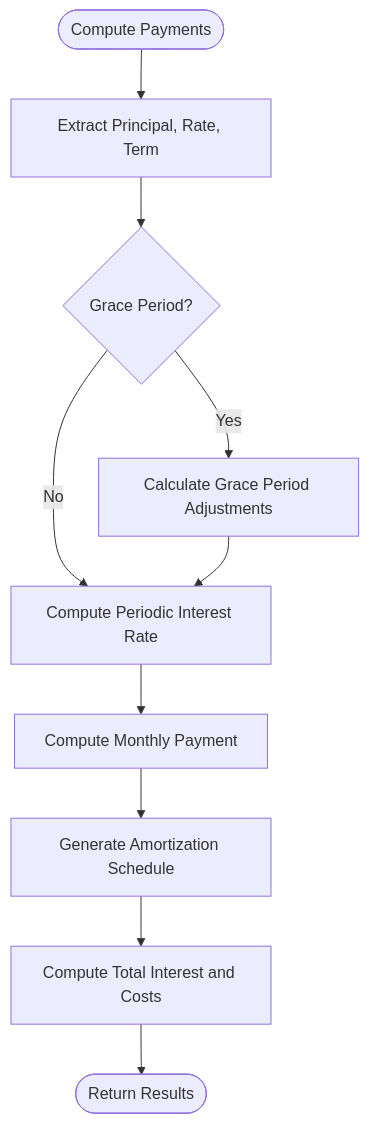
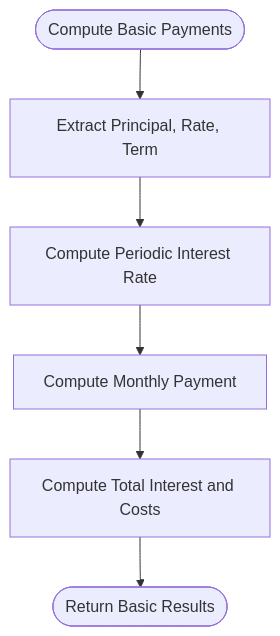
One commit to alibaba-hackathon-fsi/frontend-vaya changed the seventh of 9 diagrams in .qoder/repowiki/en/content/Loan Engine/Loan Engine.md. Above: the diagram before and after it, drawn with Mermaid. The commit also changed other lines of this file and 36 other files, not shown here.

````diff
--- a/.qoder/repowiki/en/content/Loan Engine/Loan Engine.md
+++ b/.qoder/repowiki/en/content/Loan Engine/Loan Engine.md
@@ -458,12 +299,8 @@
 ```mermaid
 flowchart TD
-Start(["Compute Payments"]) --> Params["Extract Principal, Rate, Term"]
-Params --> GraceCheck{"Grace Period?"}
-GraceCheck --> |Yes| GraceCalc["Calculate Grace Period Adjustments"]
-GraceCheck --> |No| PeriodicRate["Compute Periodic Interest Rate"]
-GraceCalc --> PeriodicRate
+Start(["Compute Basic Payments"]) --> Params["Extract Principal, Rate, Term"]
+Params --> PeriodicRate["Compute Periodic Interest Rate"]
 PeriodicRate --> MonthlyPayment["Compute Monthly Payment"]
-MonthlyPayment --> Schedule["Generate Amortization Schedule"]
-Schedule --> Totals["Compute Total Interest and Costs"]
-Totals --> Return(["Return Results"])
+MonthlyPayment --> Totals["Compute Total Interest and Costs"]
+Totals --> Return(["Return Basic Results"])
 ```
````
